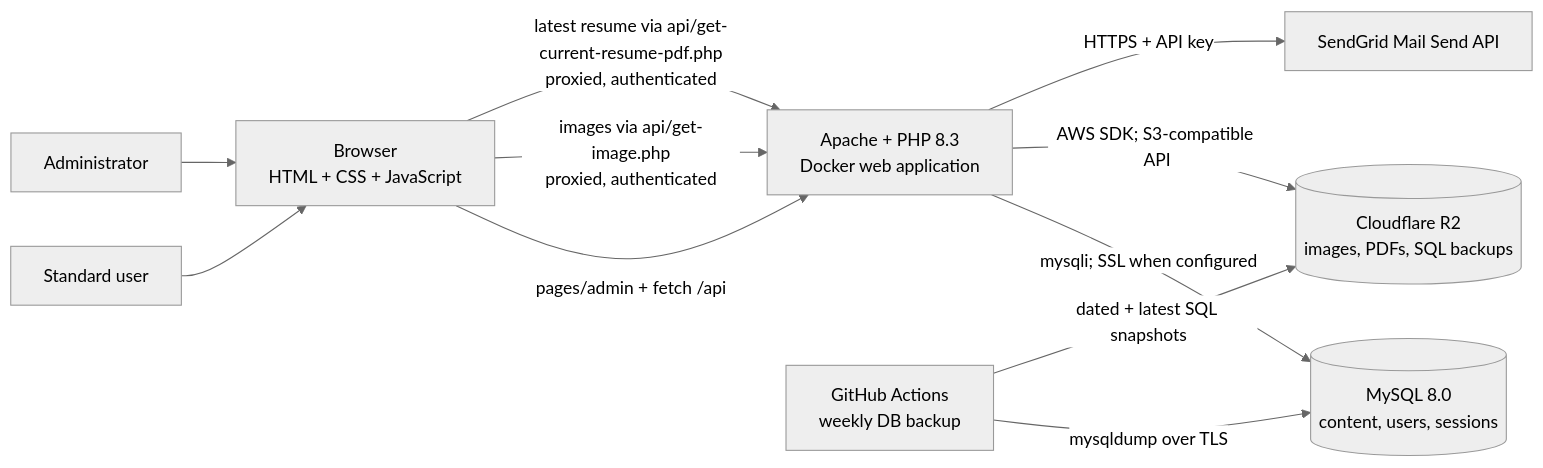
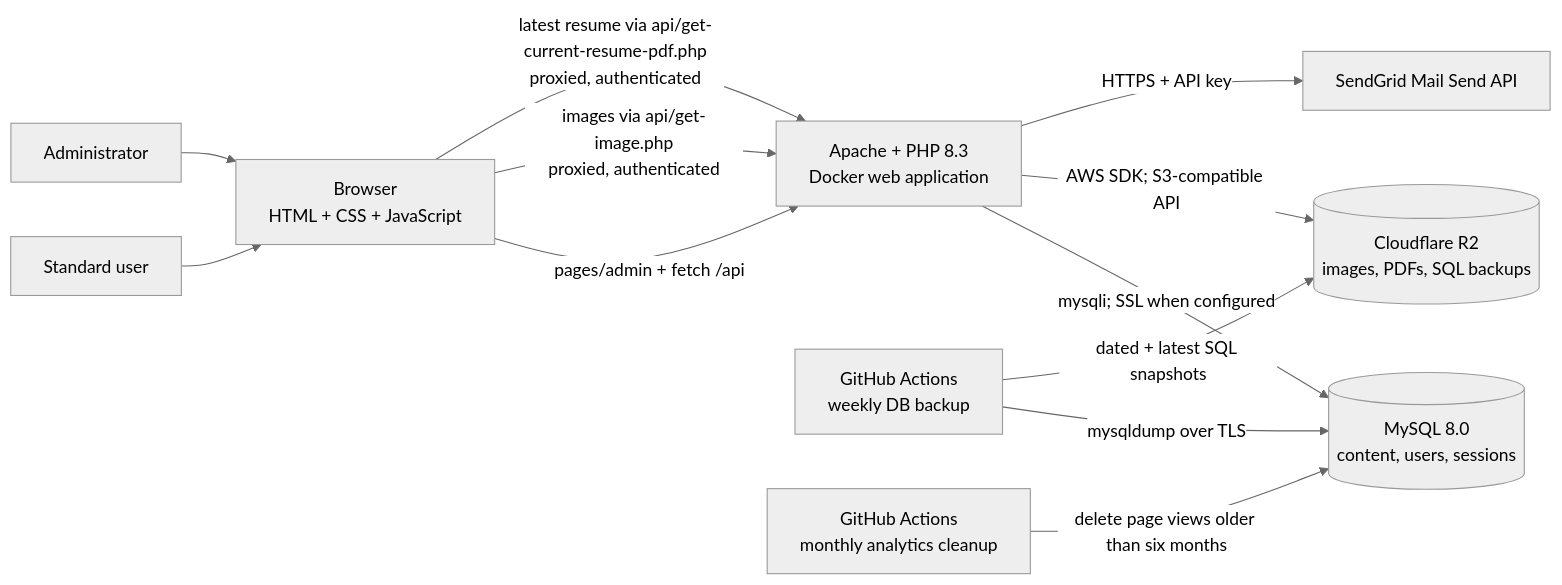
Before and after one commit to IntianDayor/login-dashboard-project: the first of 7 diagrams in SYSTEM_ARCHITECTURE.md, drawn with Mermaid (neutral theme). The commit also changed other lines of this file, not shown here.

````diff
--- a/SYSTEM_ARCHITECTURE.md
+++ b/SYSTEM_ARCHITECTURE.md
@@ -9,22 +9,24 @@
 ```mermaid
 flowchart LR
     Visitor["Standard user"]
     Admin["Administrator"]
     Browser["Browser\nHTML + CSS + JavaScript"]
     Web["Apache + PHP 8.3\nDocker web application"]
     DB[("MySQL 8.0\ncontent, users, sessions")]
     R2[("Cloudflare R2\nimages, PDFs, SQL backups")]
     SendGrid["SendGrid Mail Send API"]
     GHA["GitHub Actions\nweekly DB backup"]
+    Cleanup["GitHub Actions\nmonthly analytics cleanup"]
 
     Visitor --> Browser
     Admin --> Browser
     Browser -->|"pages/admin + fetch /api"| Web
     Web -->|"mysqli; SSL when configured"| DB
     Web -->|"AWS SDK; S3-compatible API"| R2
     Web -->|"HTTPS + API key"| SendGrid
     Browser -->|"images via api/get-image.php\nproxied, authenticated"| Web
     Browser -->|"latest resume via api/get-current-resume-pdf.php\nproxied, authenticated"| Web
     GHA -->|"mysqldump over TLS"| DB
     GHA -->|"dated + latest SQL snapshots"| R2
+    Cleanup -->|"delete page views older than six months"| DB
 ```
````
